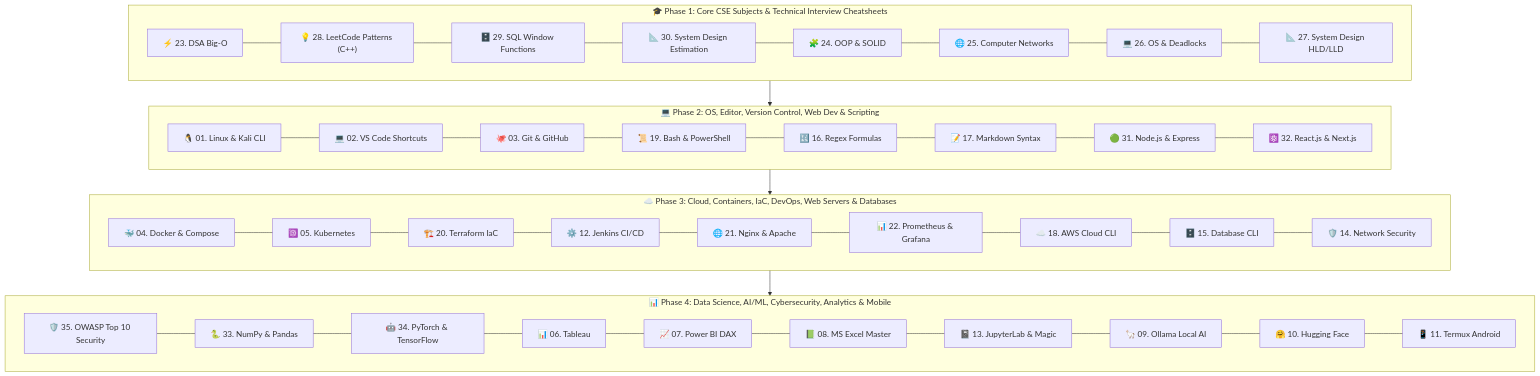
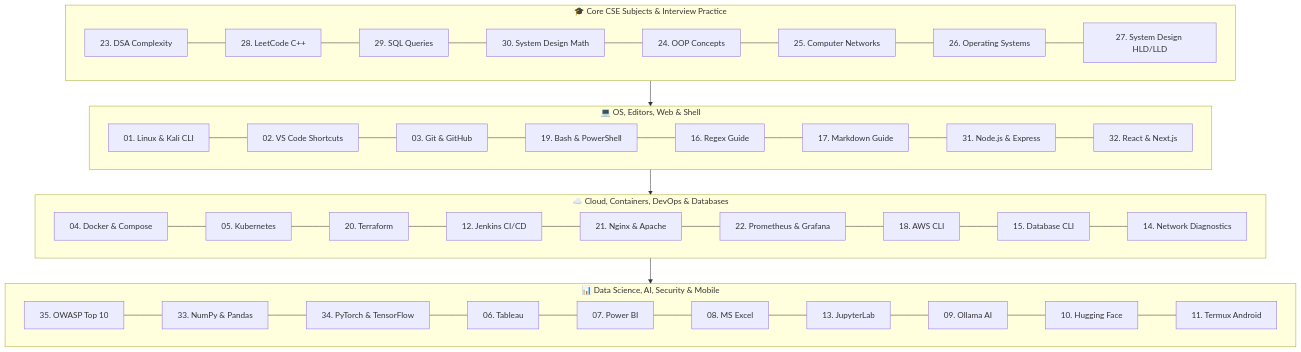
Before and after one commit to techindro/Penetration-testing-toolkit: the diagram in README.md, drawn with Mermaid. The commit also changed other lines of this file, not shown here.

````diff
--- a/README.md
+++ b/README.md
@@ -35,20 +34,20 @@
 ```mermaid
 graph TD
-    subgraph Phase1["🎓 Phase 1: Core CSE Subjects & Technical Interview Cheatsheets"]
-        A1["⚡ 23. DSA Big-O"] --- A2["💡 28. LeetCode Patterns (C++)"] --- A3["🗄️ 29. SQL Window Functions"] --- A4["📐 30. System Design Estimation"] --- A5["🧩 24. OOP & SOLID"] --- A6["🌐 25. Computer Networks"] --- A7["💻 26. OS & Deadlocks"] --- A8["📐 27. System Design HLD/LLD"]
+    subgraph Phase1["🎓 Core CSE Subjects & Interview Practice"]
+        A1["23. DSA Complexity"] --- A2["28. LeetCode C++"] --- A3["29. SQL Queries"] --- A4["30. System Design Math"] --- A5["24. OOP Concepts"] --- A6["25. Computer Networks"] --- A7["26. Operating Systems"] --- A8["27. System Design HLD/LLD"]
     end
 
-    subgraph Phase2["💻 Phase 2: OS, Editor, Version Control, Web Dev & Scripting"]
-        B1["🐧 01. Linux & Kali CLI"] --- B2["💻 02. VS Code Shortcuts"] --- B3["🐙 03. Git & GitHub"] --- B4["📜 19. Bash & PowerShell"] --- B5["🔣 16. Regex Formulas"] --- B6["📝 17. Markdown Syntax"] --- B7["🟢 31. Node.js & Express"] --- B8["⚛️ 32. React.js & Next.js"]
+    subgraph Phase2["💻 OS, Editors, Web & Shell"]
+        B1["01. Linux & Kali CLI"] --- B2["02. VS Code Shortcuts"] --- B3["03. Git & GitHub"] --- B4["19. Bash & PowerShell"] --- B5["16. Regex Guide"] --- B6["17. Markdown Guide"] --- B7["31. Node.js & Express"] --- B8["32. React & Next.js"]
     end
 
-    subgraph Phase3["☁️ Phase 3: Cloud, Containers, IaC, DevOps, Web Servers & Databases"]
-        C1["🐳 04. Docker & Compose"] --- C2["☸️ 05. Kubernetes"] --- C3["🏗️ 20. Terraform IaC"] --- C4["⚙️ 12. Jenkins CI/CD"] --- C5["🌐 21. Nginx & Apache"] --- C6["📊 22. Prometheus & Grafana"] --- C7["☁️ 18. AWS Cloud CLI"] --- C8["🗄️ 15. Database CLI"] --- C9["🛡️ 14. Network Security"]
+    subgraph Phase3["☁️ Cloud, Containers, DevOps & Databases"]
+        C1["04. Docker & Compose"] --- C2["05. Kubernetes"] --- C3["20. Terraform"] --- C4["12. Jenkins CI/CD"] --- C5["21. Nginx & Apache"] --- C6["22. Prometheus & Grafana"] --- C7["18. AWS CLI"] --- C8["15. Database CLI"] --- C9["14. Network Diagnostics"]
     end
 
-    subgraph Phase4["📊 Phase 4: Data Science, AI/ML, Cybersecurity, Analytics & Mobile"]
-        D1["🛡️ 35. OWASP Top 10 Security"] --- D2["🐍 33. NumPy & Pandas"] --- D3["🤖 34. PyTorch & TensorFlow"] --- D4["📊 06. Tableau"] --- D5["📈 07. Power BI DAX"] --- D6["📗 08. MS Excel Master"] --- D7["📓 13. JupyterLab & Magic"] --- D8["🦙 09. Ollama Local AI"] --- D9["🤗 10. Hugging Face"] --- D10["📱 11. Termux Android"]
+    subgraph Phase4["📊 Data Science, AI, Security & Mobile"]
+        D1["35. OWASP Top 10"] --- D2["33. NumPy & Pandas"] --- D3["34. PyTorch & TensorFlow"] --- D4["06. Tableau"] --- D5["07. Power BI"] --- D6["08. MS Excel"] --- D7["13. JupyterLab"] --- D8["09. Ollama AI"] --- D9["10. Hugging Face"] --- D10["11. Termux Android"]
     end
 
     Phase1 --> Phase2 --> Phase3 --> Phase4
 ```
````
